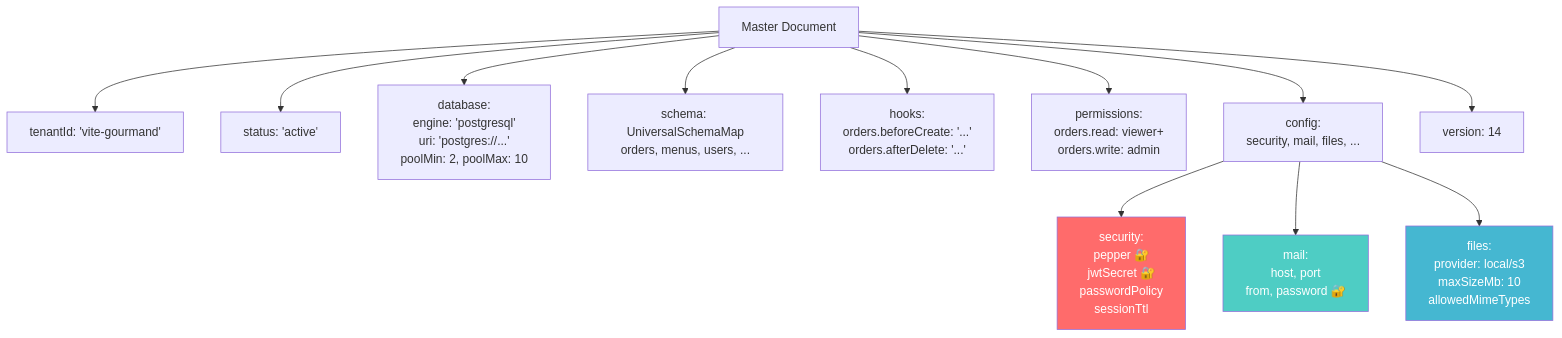
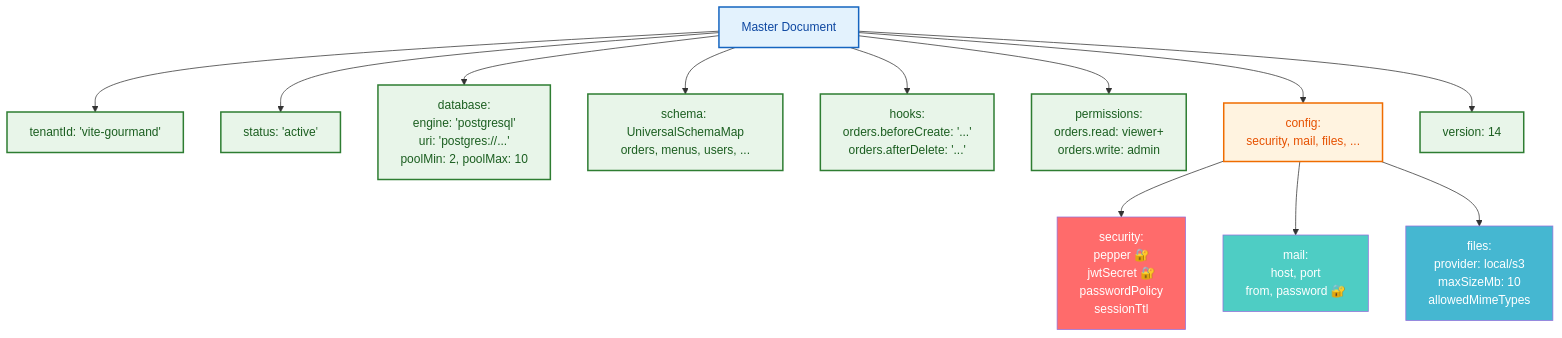
The fifth of 18 diagrams in docs/strategy/dylan.md (Univers42/mini-baas), drawn with Mermaid before and after one commit.

Commit message:
docs(strategy): Add more colors to diagrams

````diff
--- a/docs/strategy/dylan.md
+++ b/docs/strategy/dylan.md
@@ -522,21 +522,32 @@
 ```mermaid
 graph TD
     MD[Master Document]
 
     MD --> ID[tenantId: 'vite-gourmand']
     MD --> STATUS[status: 'active']
     MD --> DB_CFG[database:<br/>engine: 'postgresql'<br/>uri: 'postgres://...'<br/>poolMin: 2, poolMax: 10]
     MD --> SCHEMA[schema: UniversalSchemaMap<br/>orders, menus, users, ...]
     MD --> HOOKS[hooks:<br/>orders.beforeCreate: '...'<br/>orders.afterDelete: '...']
     MD --> PERMS[permissions:<br/>orders.read: viewer+<br/>orders.write: admin]
     MD --> CONFIG[config:<br/>security, mail, files, ...]
     MD --> VERSION[version: 14]
 
     CONFIG --> SEC[security:<br/>pepper 🔐<br/>jwtSecret 🔐<br/>passwordPolicy<br/>sessionTtl]
     CONFIG --> MAIL_CFG[mail:<br/>host, port<br/>from, password 🔐]
     CONFIG --> FILE_CFG[files:<br/>provider: local/s3<br/>maxSizeMb: 10<br/>allowedMimeTypes]
 
     style SEC fill:#ff6b6b,color:#fff
     style MAIL_CFG fill:#4ecdc4,color:#fff
     style FILE_CFG fill:#45b7d1,color:#fff
+
+    classDef root fill:#E3F2FD,stroke:#1565C0,stroke-width:2px,color:#0D47A1;
+    classDef metadata fill:#E8F5E9,stroke:#2E7D32,stroke-width:2px,color:#1B5E20;
+    classDef configHub fill:#FFF3E0,stroke:#EF6C00,stroke-width:2px,color:#E65100;
+    classDef sensitive fill:#FDECEA,stroke:#C62828,stroke-width:2px,color:#7F1D1D;
+    classDef mail fill:#E0F7FA,stroke:#00838F,stroke-width:2px,color:#004D40;
+    classDef files fill:#EDE7F6,stroke:#5E35B1,stroke-width:2px,color:#311B92;
+
+    class MD root;
+    class ID,STATUS,DB_CFG,SCHEMA,HOOKS,PERMS,VERSION metadata;
+    class CONFIG configHub;
 ```
````
